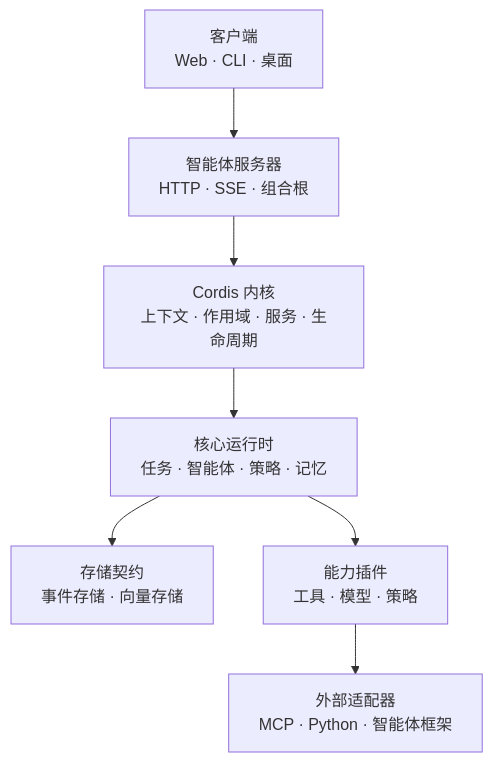
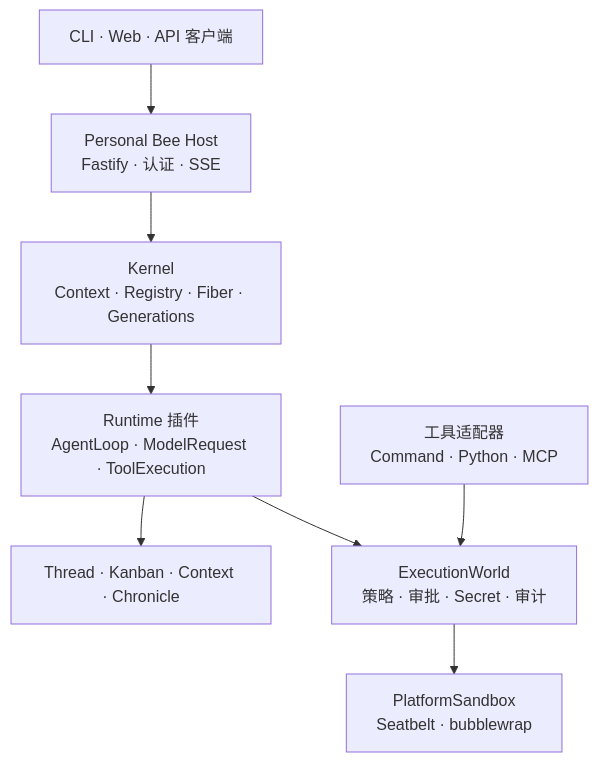
The diagram in README-ZH.md (darifo/bee-agent), drawn with Mermaid before and after one commit. The commit also changed other lines of this file and 16 other files, not shown here.

Commit message:
docs: align project and architecture status

````diff
--- a/README-ZH.md
+++ b/README-ZH.md
@@ -69,17 +37,19 @@
 ```mermaid
 flowchart TB
-  clients["客户端<br/>Web · CLI · 桌面"]
-  server["智能体服务器<br/>HTTP · SSE · 组合根"]
-  kernel["Cordis 内核<br/>上下文 · 作用域 · 服务 · 生命周期"]
-  runtime["核心运行时<br/>任务 · 智能体 · 策略 · 记忆"]
-  storage["存储契约<br/>事件存储 · 向量存储"]
-  plugins["能力插件<br/>工具 · 模型 · 策略"]
-  adapters["外部适配器<br/>MCP · Python · 智能体框架"]
+  clients["CLI · Web · API 客户端"]
+  host["Personal Bee Host<br/>Fastify · 认证 · SSE"]
+  kernel["Kernel<br/>Context · Registry · Fiber · Generations"]
+  runtime["Runtime 插件<br/>AgentLoop · ModelRequest · ToolExecution"]
+  domains["Thread · Kanban · Context · Chronicle"]
+  world["ExecutionWorld<br/>策略 · 审批 · Secret · 审计"]
+  sandbox["PlatformSandbox<br/>Seatbelt · bubblewrap"]
+  adapters["工具适配器<br/>Command · Python · MCP"]
 
-  clients --> server
-  server --> kernel
+  clients --> host
+  host --> kernel
   kernel --> runtime
-  runtime --> storage
-  runtime --> plugins
-  plugins --> adapters
+  runtime --> domains
+  runtime --> world
+  world --> sandbox
+  adapters --> world
 ```
````
